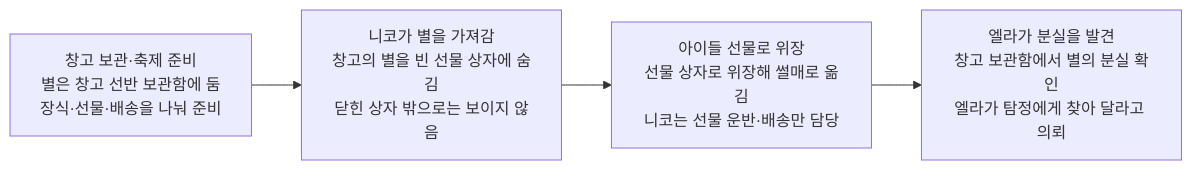
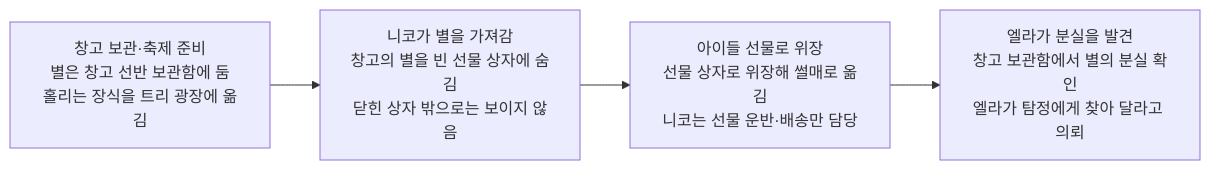
Before and after one commit to wonny95/detective-v2: the first of 2 diagrams in design/case-10-christmas-star.md, drawn with Mermaid. The commit also changed other lines of this file and 3 other files, not shown here.

````diff
--- a/design/case-10-christmas-star.md
+++ b/design/case-10-christmas-star.md
@@ -32,10 +32,10 @@
 ```mermaid
 flowchart LR
-    t1["창고 보관·축제 준비<br/>별은 창고 선반 보관함에 둠<br/>장식·선물·배송을 나눠 준비"]
+    t1["창고 보관·축제 준비<br/>별은 창고 선반 보관함에 둠<br/>홀리는 장식을 트리 광장에 옮김"]
     t2["니코가 별을 가져감<br/>창고의 별을 빈 선물 상자에 숨김<br/>닫힌 상자 밖으로는 보이지 않음"]
     t3["아이들 선물로 위장<br/>선물 상자로 위장해 썰매로 옮김<br/>니코는 선물 운반·배송만 담당"]
     t4["엘라가 분실을 발견<br/>창고 보관함에서 별의 분실 확인<br/>엘라가 탐정에게 찾아 달라고 의뢰"]
     t1 --> t2
     t2 --> t3
     t3 --> t4
 ```
````
